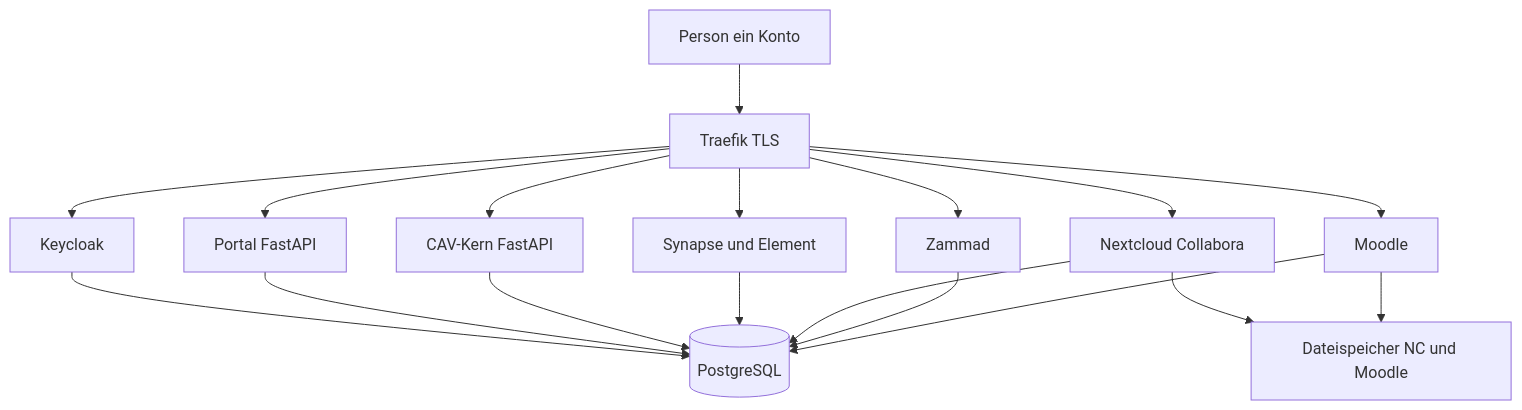
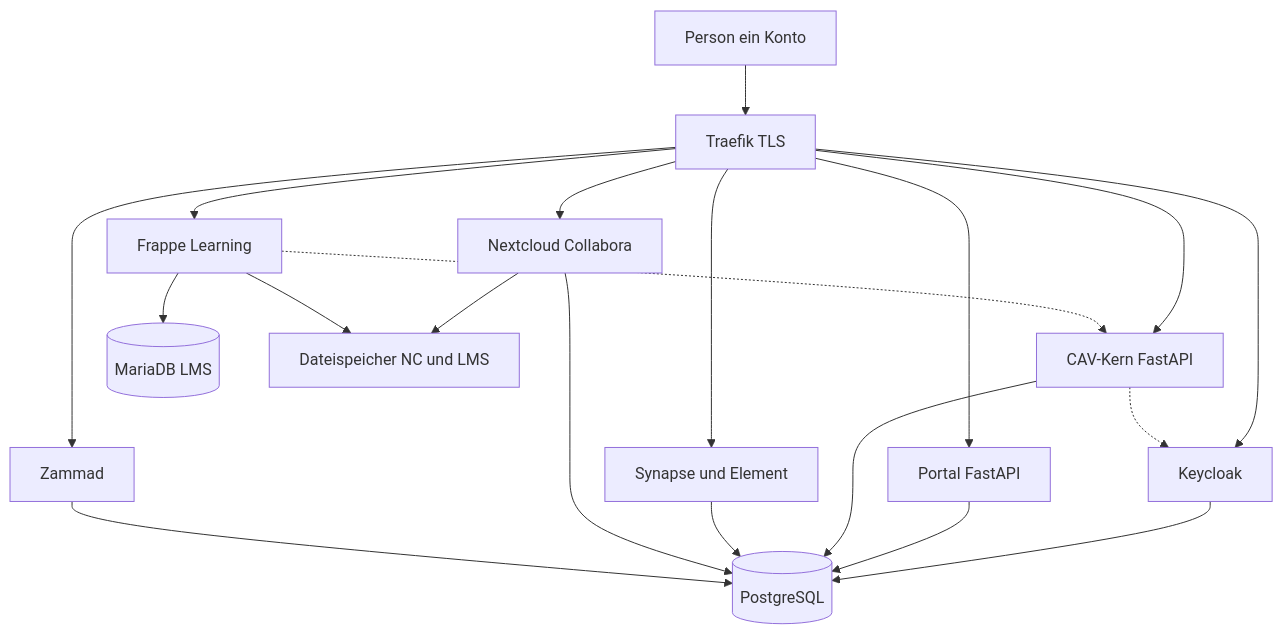
One commit to bonzei123/aeneas_planung changed the diagram in docs/architektur.md. Above: the diagram before and after it, drawn with Mermaid. The commit also changed other lines of this file and 11 other files, not shown here.

Commit message:
Ersetzt Moodle durch Frappe Learning und knuepft Dienste an Schulungsabschluesse.

````diff
--- a/docs/architektur.md
+++ b/docs/architektur.md
@@ -5,32 +5,35 @@
 ```mermaid
 flowchart TB
   person[Person ein Konto]
   proxy[Traefik TLS]
   kc[Keycloak]
   portal[Portal FastAPI]
   cav[CAV-Kern FastAPI]
   mx[Synapse und Element]
   nc[Nextcloud Collabora]
   za[Zammad]
-  mo[Moodle]
+  lms[Frappe Learning]
   pg[(PostgreSQL)]
-  files[Dateispeicher NC und Moodle]
+  mdb[(MariaDB LMS)]
+  files[Dateispeicher NC und LMS]
 
   person --> proxy
   proxy --> kc
   proxy --> portal
   proxy --> cav
   proxy --> mx
   proxy --> nc
   proxy --> za
-  proxy --> mo
+  proxy --> lms
   kc --> pg
   portal --> pg
   cav --> pg
   mx --> pg
   nc --> pg
   za --> pg
-  mo --> pg
+  lms --> mdb
   nc --> files
-  mo --> files
+  lms --> files
+  lms -.-> cav
+  cav -.-> kc
 ```
````
